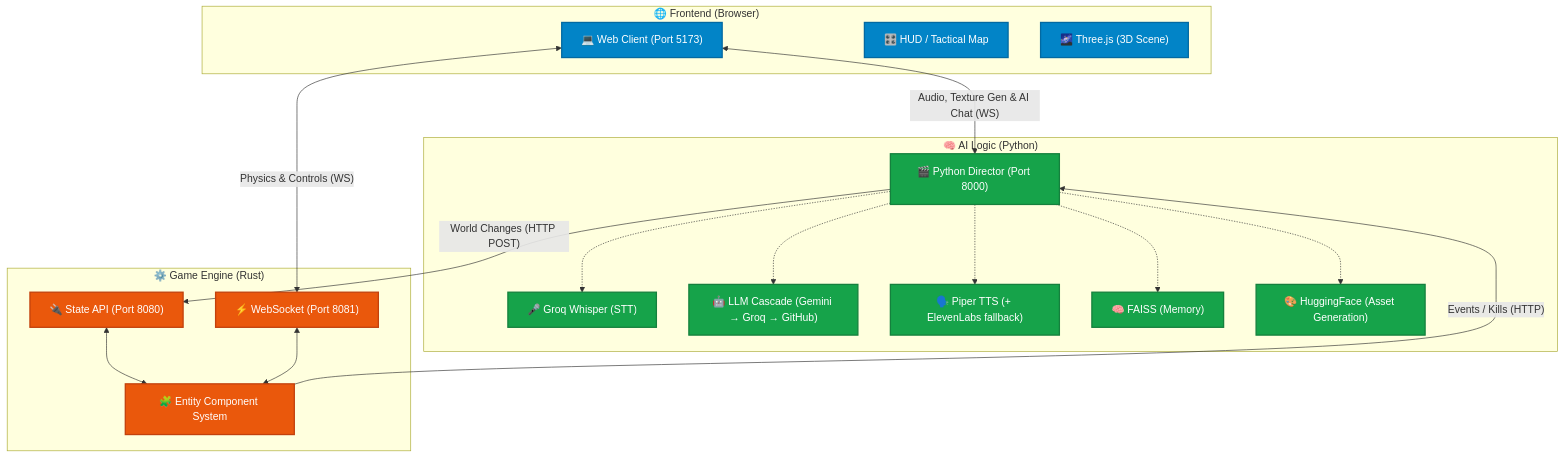
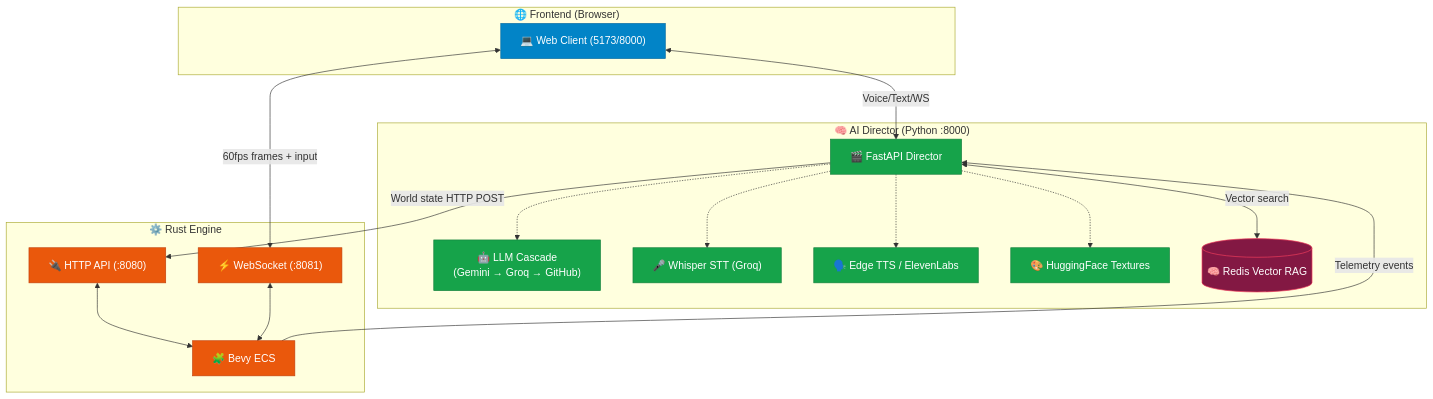
Before and after one commit to nissimrencohen/ai-starship-odyssey: the diagram in README.md, drawn with Mermaid. The commit also changed other lines of this file and 12 other files, not shown here.

````diff
--- a/README.md
+++ b/README.md
@@ -30,43 +31,38 @@
 ```mermaid
 graph TD
-    classDef default fill:#1e293b,stroke:#0f172a,stroke-width:2px,color:#f8fafc;
-    classDef browser fill:#0284c7,stroke:#0369a1,stroke-width:2px,color:#ffffff;
-    classDef python fill:#16a34a,stroke:#15803d,stroke-width:2px,color:#ffffff;
-    classDef rust fill:#ea580c,stroke:#c2410c,stroke-width:2px,color:#ffffff;
+    classDef browser fill:#0284c7,stroke:#0369a1,color:#fff
+    classDef python fill:#16a34a,stroke:#15803d,color:#fff
+    classDef rust fill:#ea580c,stroke:#c2410c,color:#fff
+    classDef db fill:#831843,stroke:#f43f5e,color:#fff
 
     subgraph Browser ["🌐 Frontend (Browser)"]
-        Client["💻 Web Client (Port 5173)"]:::browser
-        HUD["🎛️ HUD / Tactical Map"]:::browser
-        Three["🌌 Three.js (3D Scene)"]:::browser
+        Client["💻 Web Client (5173/8000)"]:::browser
     end
 
-    subgraph AI ["🧠 AI Logic (Python)"]
-        Director["🎬 Python Director (Port 8000)"]:::python
-        STT["🎤 Groq Whisper (STT)"]:::python
-        LLM["🤖 LLM Cascade (Gemini → Groq → GitHub)"]:::python
-        TTS["🗣️ Piper TTS (+ ElevenLabs fallback)"]:::python
-        Memory["🧠 FAISS (Memory)"]:::python
-        HF["🎨 HuggingFace (Asset Generation)"]:::python
+    subgraph AI ["🧠 AI Director (Python :8000)"]
+        Director["🎬 FastAPI Director"]:::python
+        LLM["🤖 LLM Cascade\n(Gemini → Groq → GitHub)"]:::python
+        STT["🎤 Whisper STT (Groq)"]:::python
+        TTS["🗣️ Edge TTS / ElevenLabs"]:::python
+        HF["🎨 HuggingFace Textures"]:::python
+        Redis[("🧠 Redis Vector RAG")]:::db
     end
 
-    subgraph Engine ["⚙️ Game Engine (Rust)"]
-        StateAPI["🔌 State API (Port 8080)"]:::rust
-        WS["⚡ WebSocket (Port 8081)"]:::rust
-        ECS["🧩 Entity Component System"]:::rust
+    subgraph Engine ["⚙️ Rust Engine"]
+        StateAPI["🔌 HTTP API (:8080)"]:::rust
+        WS["⚡ WebSocket (:8081)"]:::rust
+        ECS["🧩 Bevy ECS"]:::rust
     end
 
-    %% Communications
-    Client <-->|"Audio, Texture Gen & AI Chat (WS)"| Director
-    Client <-->|"Physics & Controls (WS)"| WS
-    Director -->|"World Changes (HTTP POST)"| StateAPI
+    Client <-->|"Voice/Text/WS"| Director
+    Client <-->|"60fps frames + input"| WS
+    Director -->|"World state HTTP POST"| StateAPI
+    Director <-->|"Vector search"| Redis
     StateAPI <--> ECS
     WS <--> ECS
-    ECS -->|"Events / Kills (HTTP)"| Director
-
-    %% Details
+    ECS -->|"Telemetry events"| Director
+    Director -.-> LLM
     Director -.-> STT
-    Director -.-> LLM
     Director -.-> TTS
-    Director -.-> Memory
     Director -.-> HF
 ```
````
